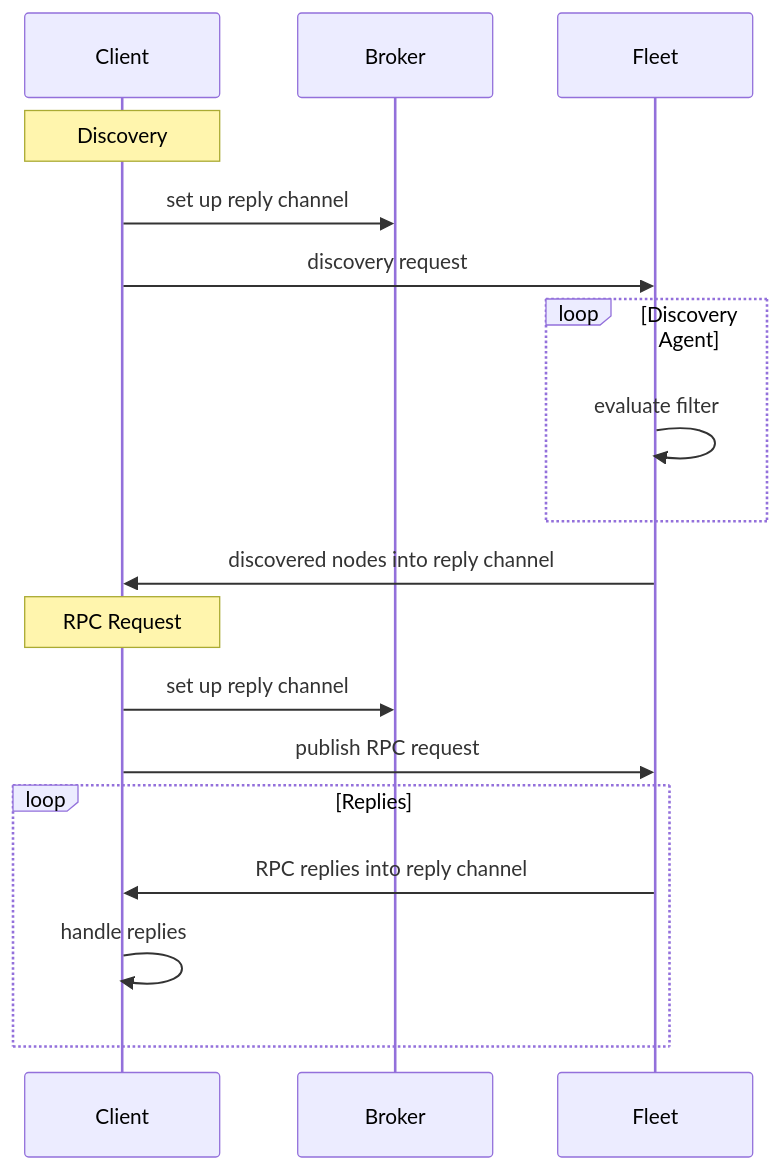
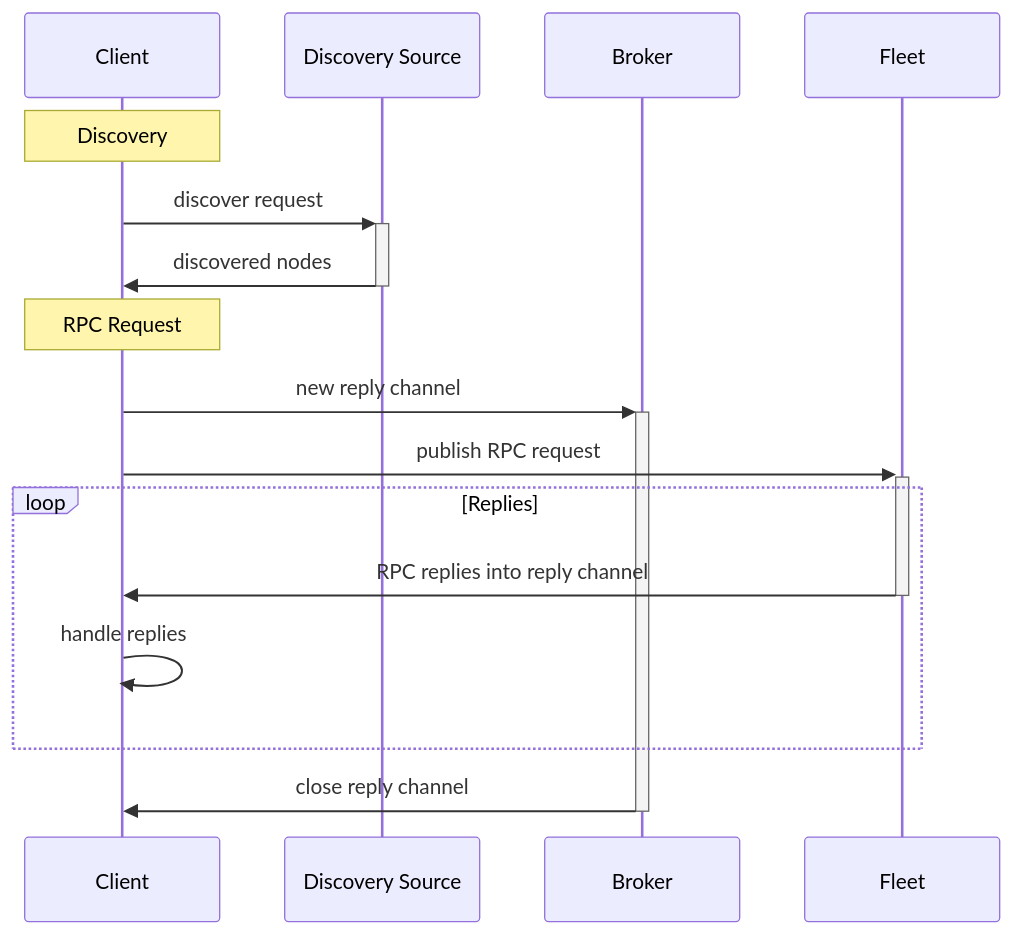
Before and after one commit to choria-io/website: the first of 2 diagrams in docs/content/concepts/large_scale/_index.md, drawn with Mermaid. The commit also changed other lines of this file and 1 other file, not shown here.

```diff
--- a/docs/content/concepts/large_scale/_index.md
+++ b/docs/content/concepts/large_scale/_index.md
@@ -379,22 +383,20 @@
 {{<mermaid align="left">}}
 sequenceDiagram
    participant Client
+   participant Discovery Source
    participant Broker
    participant Fleet
 
    Note over Client: Discovery
-   Client ->> Broker: set up reply channel
-   Client ->> Fleet: discovery request
-   loop Discovery Agent
-      Fleet ->> Fleet: evaluate filter
-   end
-   Fleet ->> Client: discovered nodes into reply channel
+   Client ->>+ Discovery Source: discover request
+   Discovery Source ->>- Client: discovered nodes
 
    Note over Client: RPC Request 
-   Client ->> Broker: set up reply channel
-   Client ->> Fleet: publish RPC request
+   Client ->>+ Broker: new reply channel
+   Client ->>+ Fleet: publish RPC request
    loop Replies
-      Fleet ->> Client: RPC replies into reply channel
-      Client ->> Client: handle replies
+     Fleet ->>- Client: RPC replies into reply channel
+     Client ->> Client: handle replies
    end
+   Broker ->>- Client: close reply channel
 {{< /mermaid >}}
```
